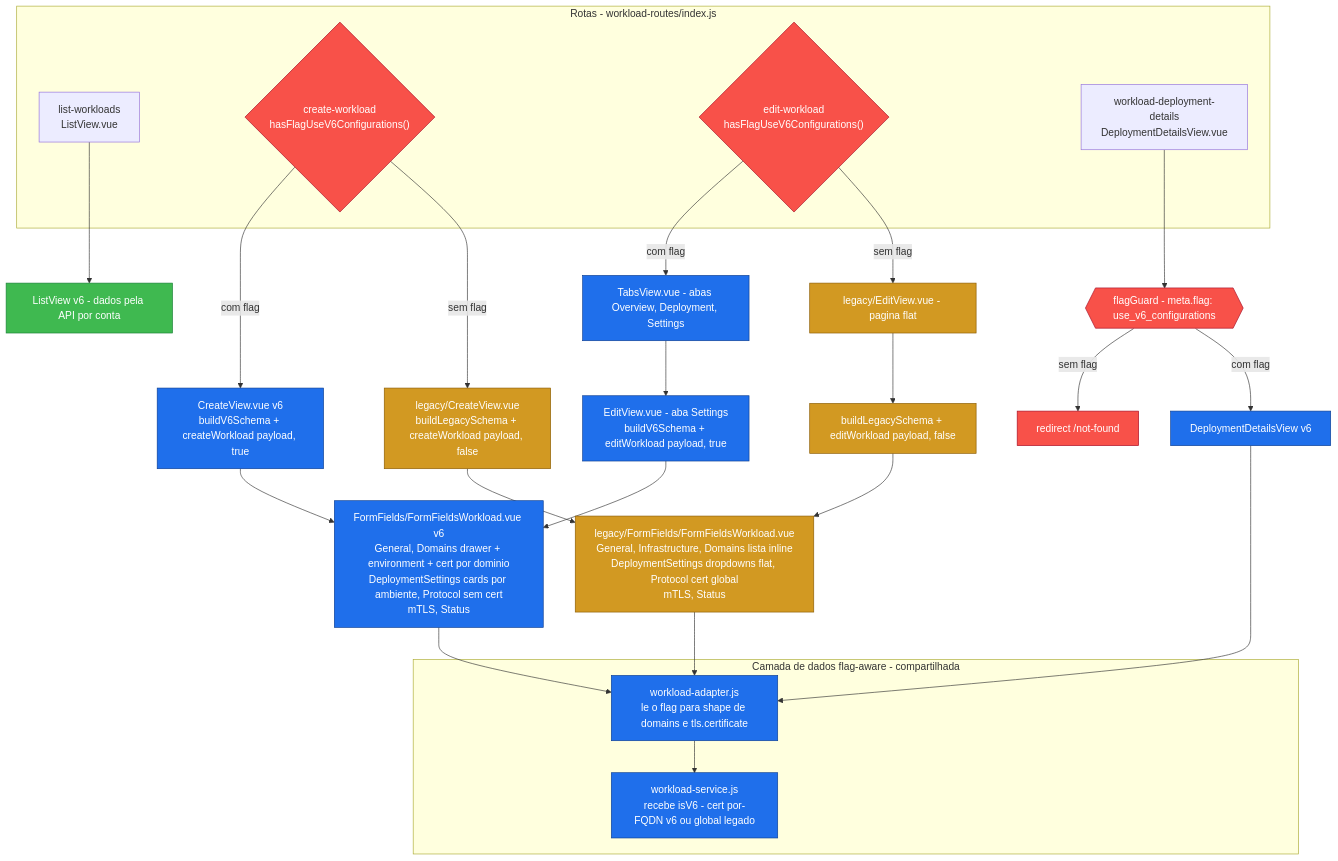
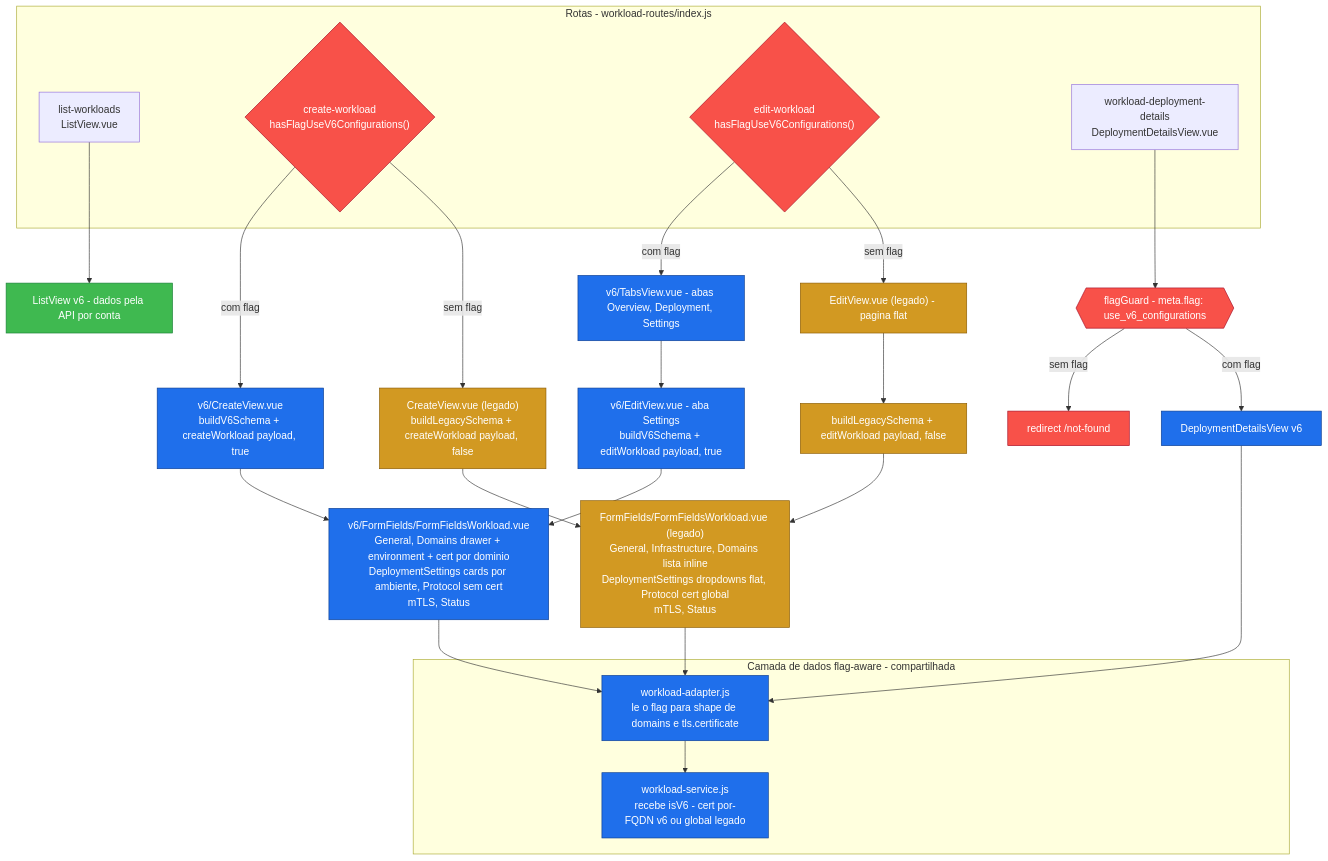
Before and after one commit to aziontech/azion-console-kit: the diagram in docs/WORKLOAD-VERSIONING.md, drawn with Mermaid. The commit also changed other lines of this file and 37 other files, not shown here.

````diff
--- a/docs/WORKLOAD-VERSIONING.md
+++ b/docs/WORKLOAD-VERSIONING.md
@@ -23,49 +23,49 @@
 ```mermaid
 flowchart TD
     subgraph R["Rotas - workload-routes/index.js"]
         RL["list-workloads<br/>ListView.vue"]
         RC{"create-workload<br/>hasFlagUseV6Configurations()"}
         RE{"edit-workload<br/>hasFlagUseV6Configurations()"}
         RD["workload-deployment-details<br/>DeploymentDetailsView.vue"]
     end
 
     RD --> FG{{"flagGuard - meta.flag: use_v6_configurations"}}
     FG -->|sem flag| NF["redirect /not-found"]
     FG -->|com flag| DDV["DeploymentDetailsView v6"]
 
     RL --> LV["ListView v6 - dados pela API por conta"]
 
-    RC -->|com flag| CV6["CreateView.vue v6<br/>buildV6Schema + createWorkload payload, true"]
-    RC -->|sem flag| CLG["legacy/CreateView.vue<br/>buildLegacySchema + createWorkload payload, false"]
+    RC -->|com flag| CV6["v6/CreateView.vue<br/>buildV6Schema + createWorkload payload, true"]
+    RC -->|sem flag| CLG["CreateView.vue (legado)<br/>buildLegacySchema + createWorkload payload, false"]
 
-    RE -->|com flag| TV["TabsView.vue - abas Overview, Deployment, Settings"]
-    RE -->|sem flag| LEV["legacy/EditView.vue - pagina flat"]
-    TV --> EV["EditView.vue - aba Settings<br/>buildV6Schema + editWorkload payload, true"]
+    RE -->|com flag| TV["v6/TabsView.vue - abas Overview, Deployment, Settings"]
+    RE -->|sem flag| LEV["EditView.vue (legado) - pagina flat"]
+    TV --> EV["v6/EditView.vue - aba Settings<br/>buildV6Schema + editWorkload payload, true"]
     LEV --> LE2["buildLegacySchema + editWorkload payload, false"]
 
-    CV6 --> FF6["FormFields/FormFieldsWorkload.vue v6<br/>General, Domains drawer + environment + cert por dominio<br/>DeploymentSettings cards por ambiente, Protocol sem cert<br/>mTLS, Status"]
+    CV6 --> FF6["v6/FormFields/FormFieldsWorkload.vue<br/>General, Domains drawer + environment + cert por dominio<br/>DeploymentSettings cards por ambiente, Protocol sem cert<br/>mTLS, Status"]
     EV --> FF6
-    CLG --> FFL["legacy/FormFields/FormFieldsWorkload.vue<br/>General, Infrastructure, Domains lista inline<br/>DeploymentSettings dropdowns flat, Protocol cert global<br/>mTLS, Status"]
+    CLG --> FFL["FormFields/FormFieldsWorkload.vue (legado)<br/>General, Infrastructure, Domains lista inline<br/>DeploymentSettings dropdowns flat, Protocol cert global<br/>mTLS, Status"]
     LE2 --> FFL
 
     FF6 --> ADP
     FFL --> ADP
     DDV --> ADP
 
     subgraph DATA["Camada de dados flag-aware - compartilhada"]
         ADP["workload-adapter.js<br/>le o flag para shape de domains e tls.certificate"]
         SVC["workload-service.js<br/>recebe isV6 - cert por-FQDN v6 ou global legado"]
     end
     ADP --> SVC
 
     classDef v6 fill:#1f6feb,stroke:#0b3d91,color:#ffffff;
     classDef legacy fill:#d29922,stroke:#8a5a00,color:#ffffff;
     classDef shared fill:#3fb950,stroke:#1a7f37,color:#ffffff;
     classDef gate fill:#f85149,stroke:#a40e26,color:#ffffff;
 
     class CV6,TV,EV,DDV,FF6 v6;
     class CLG,LEV,LE2,FFL legacy;
     class LV,ADP,SVC v6;
     class LV shared;
     class FG,NF,RC,RE gate;
 ```
````
